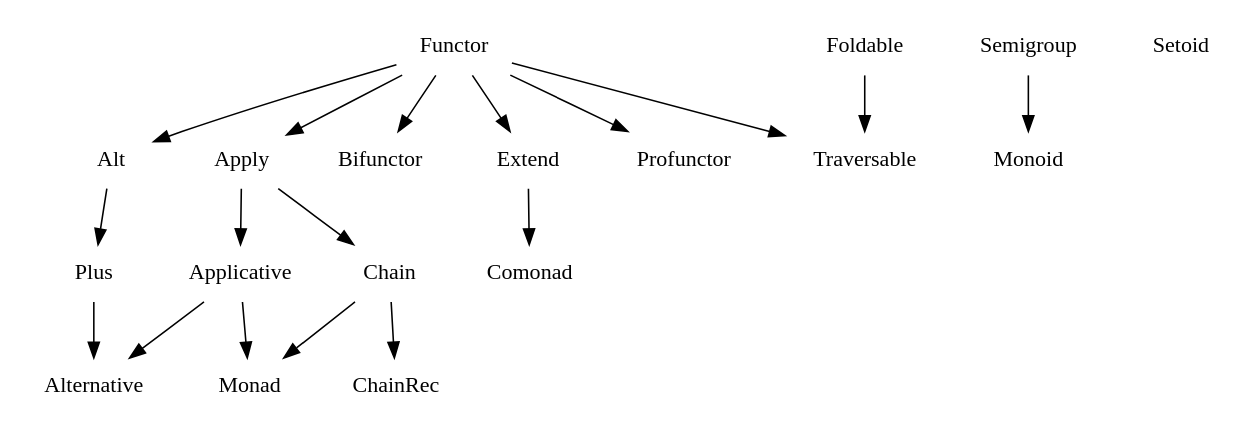
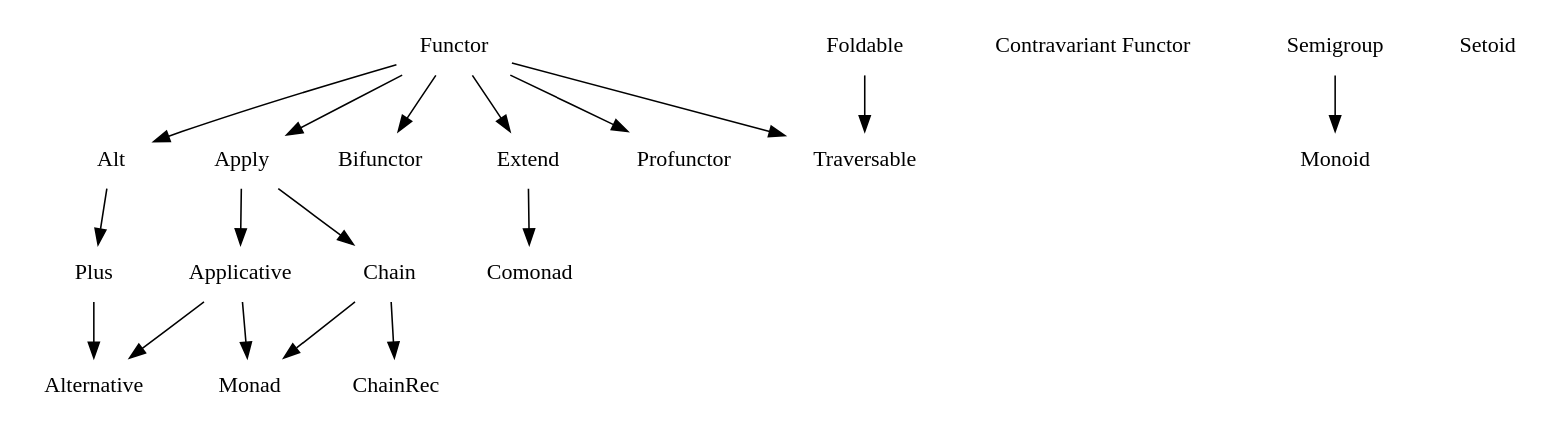
Before and after one commit to fantasyland/fantasy-land: the diagram in figures/dependencies.dot, drawn with Graphviz. The commit also changed 1 other file, not shown here.

```diff
--- a/figures/dependencies.dot
+++ b/figures/dependencies.dot
@@ -1,42 +1,43 @@
 digraph {
   node [shape=plaintext]
 
   # Algebras
   Alt;
   Alternative;
   Applicative;
   Apply;
   Bifunctor;
   Chain;
   ChainRec;
   Comonad;
   Extend;
   Foldable;
   Functor;
+  "Contravariant Functor";
   Monad;
   Monoid;
   Plus;
   Profunctor;
   Semigroup;
   Setoid;
   Traversable;
 
   # Dependencies
   Alt -> Plus;
   Applicative -> Alternative;
   Applicative -> Monad;
   Apply -> Applicative;
   Apply -> Chain;
   Chain -> ChainRec;
   Chain -> Monad;
   Extend -> Comonad;
   Foldable -> Traversable;
   Functor -> Alt;
   Functor -> Apply;
   Functor -> Bifunctor;
   Functor -> Extend;
   Functor -> Profunctor;
   Functor -> Traversable;
   Plus -> Alternative;
   Semigroup -> Monoid;
 }
```
